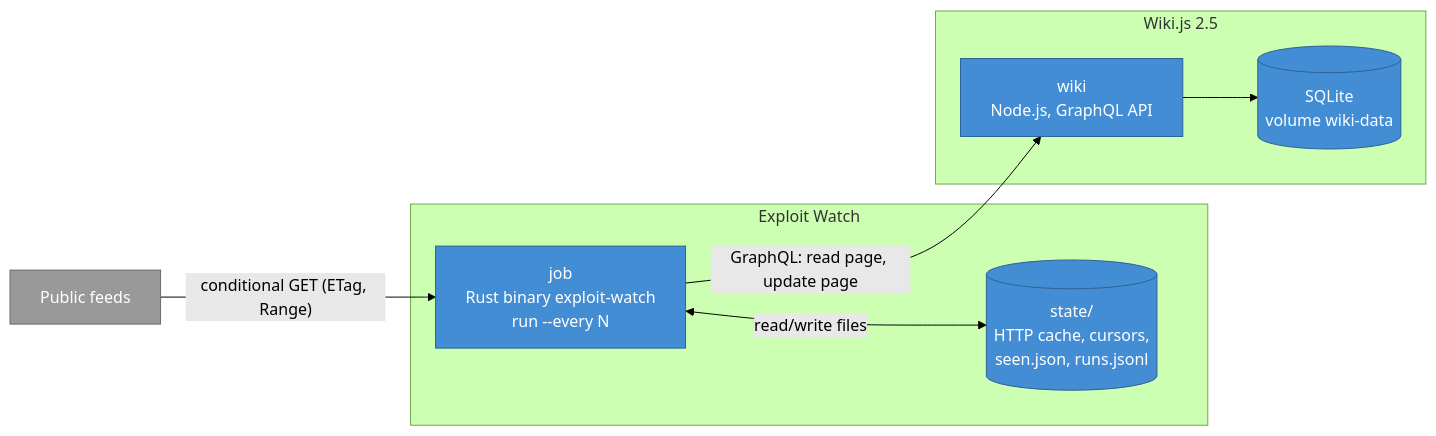
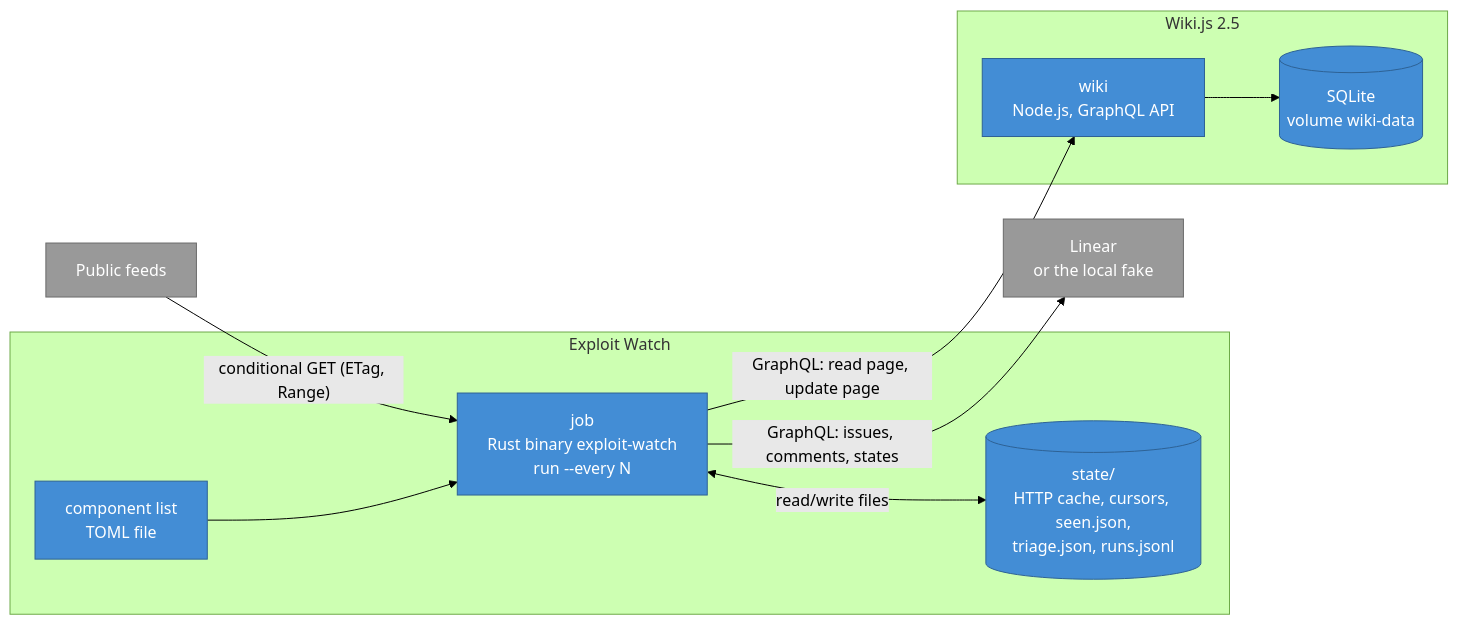
Before and after one commit to mckema/cyber-dashboard: the second of 4 diagrams in README.md, drawn with Mermaid (forest theme). The commit also changed other lines of this file and 16 other files, not shown here.

First line of the commit message:
feat(triage): wire FR-A2/A3 triage into the job and page

````diff
--- a/README.md
+++ b/README.md
@@ -72,20 +82,24 @@
 ```mermaid
 flowchart LR
   classDef container fill:#438dd5,stroke:#2e6295,color:#fff
   classDef ext fill:#999,stroke:#6b6b6b,color:#fff
 
   feeds["Public feeds"]:::ext
   subgraph ew["Exploit Watch"]
     job["job<br/>Rust binary exploit-watch<br/>run --every N"]:::container
-    state[("state/<br/>HTTP cache, cursors,<br/>seen.json, runs.jsonl")]:::container
+    state[("state/<br/>HTTP cache, cursors, seen.json,<br/>triage.json, runs.jsonl")]:::container
+    comps["component list<br/>TOML file"]:::container
   end
+  linear["Linear<br/>or the local fake"]:::ext
   subgraph wk["Wiki.js 2.5"]
     app["wiki<br/>Node.js, GraphQL API"]:::container
     db[("SQLite<br/>volume wiki-data")]:::container
   end
 
   feeds -->|"conditional GET (ETag, Range)"| job
   job <-->|"read/write files"| state
+  comps --> job
+  job -->|"GraphQL: issues, comments, states"| linear
   job -->|"GraphQL: read page, update page"| app
   app --> db
 ```
````
